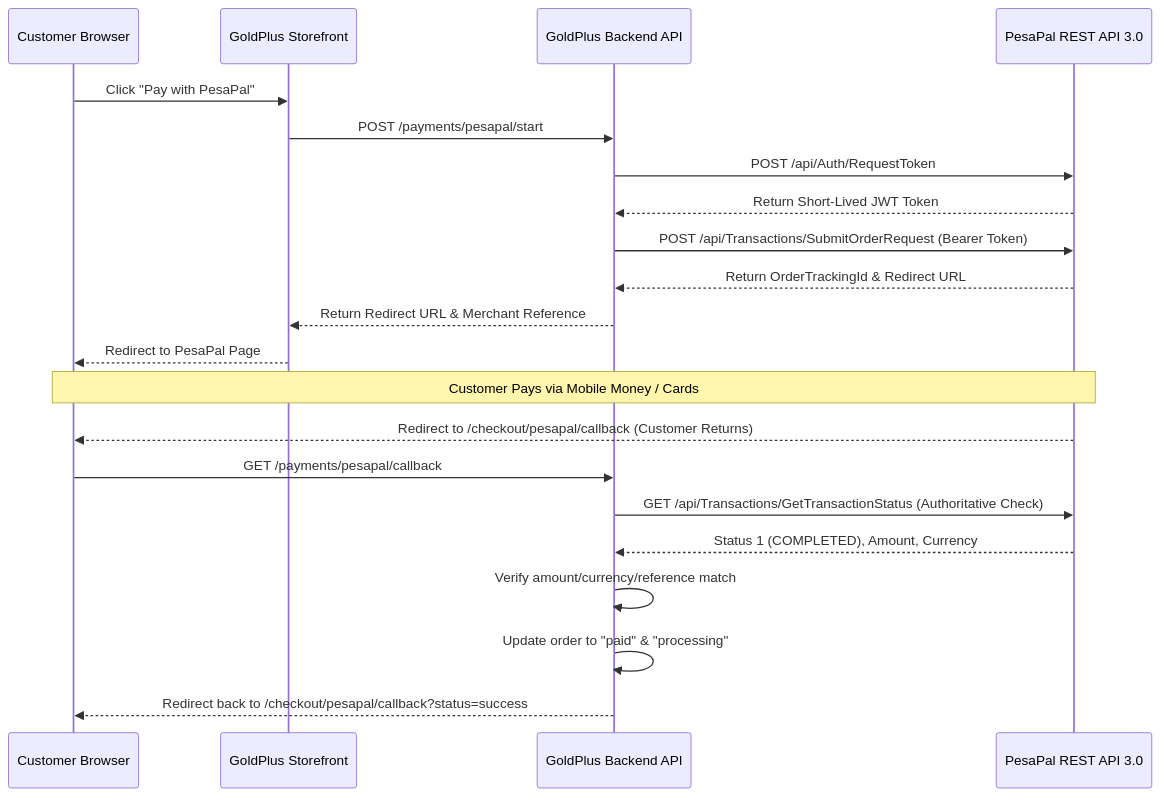
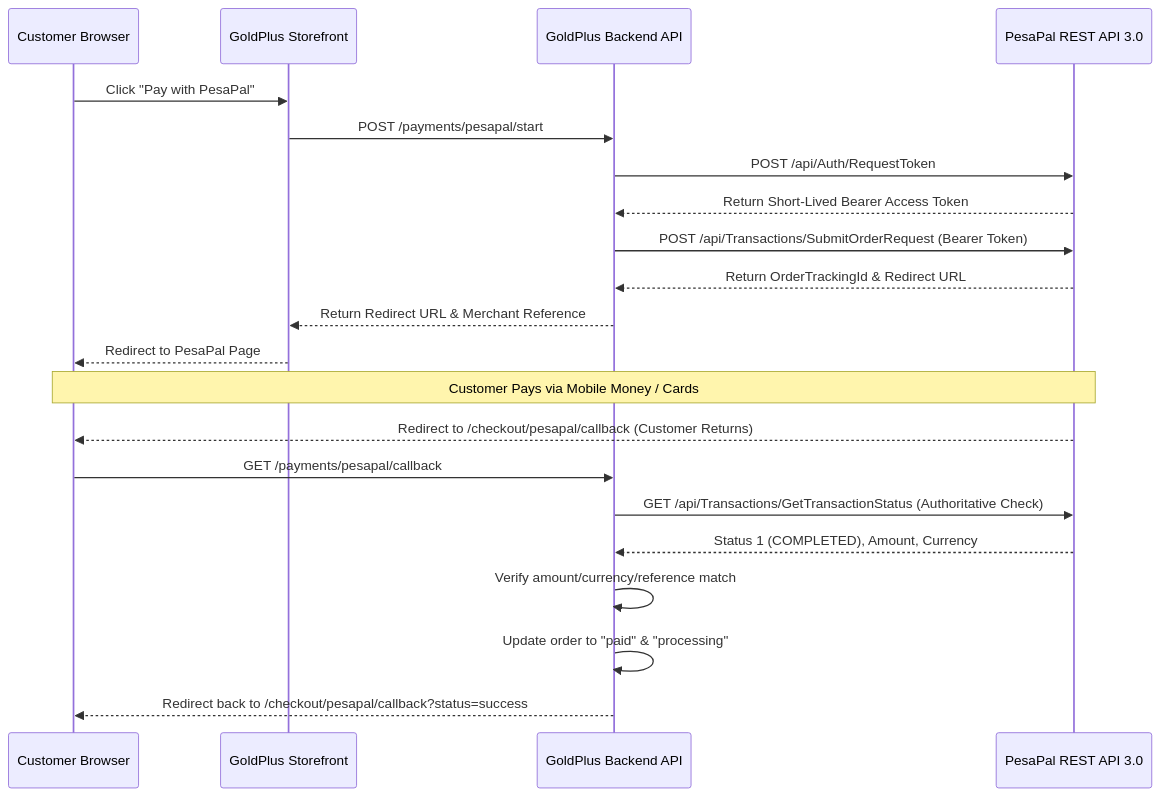
One commit to sebunya/sebunya changed the diagram in goldplus-commerce/docs/passes/pesapal-payment-h1g.md. Above: the diagram before and after it, drawn with Mermaid. The commit also changed 6 other files, not shown here.

Commit message:
Verify PesaPal payment foundation

````diff
--- a/goldplus-commerce/docs/passes/pesapal-payment-h1g.md
+++ b/goldplus-commerce/docs/passes/pesapal-payment-h1g.md
@@ -16,24 +16,24 @@
 ```mermaid
 sequenceDiagram
     participant Browser as Customer Browser
     participant Storefront as GoldPlus Storefront
     participant API as GoldPlus Backend API
     participant PesaPal as PesaPal REST API 3.0
 
     Browser->>Storefront: Click "Pay with PesaPal"
     Storefront->>API: POST /payments/pesapal/start
     API->>PesaPal: POST /api/Auth/RequestToken
-    PesaPal-->>API: Return Short-Lived JWT Token
+    PesaPal-->>API: Return Short-Lived Bearer Access Token
     API->>PesaPal: POST /api/Transactions/SubmitOrderRequest (Bearer Token)
     PesaPal-->>API: Return OrderTrackingId & Redirect URL
     API-->>Storefront: Return Redirect URL & Merchant Reference
     Storefront-->>Browser: Redirect to PesaPal Page
     Note over Browser,PesaPal: Customer Pays via Mobile Money / Cards
     PesaPal-->>Browser: Redirect to /checkout/pesapal/callback (Customer Returns)
     Browser->>API: GET /payments/pesapal/callback
     API->>PesaPal: GET /api/Transactions/GetTransactionStatus (Authoritative Check)
     PesaPal-->>API: Status 1 (COMPLETED), Amount, Currency
     API->>API: Verify amount/currency/reference match
     API->>API: Update order to "paid" & "processing"
     API-->>Browser: Redirect back to /checkout/pesapal/callback?status=success
 ```
````
